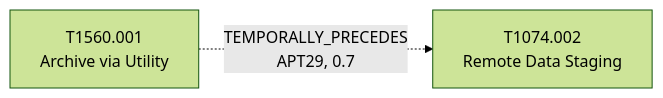
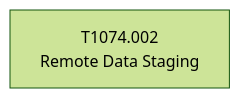
One commit to HungryBrain-bot/attackKnowledgeGraph changed the diagram in docs/attack-patterns/T1074.002-remote-data-staging.md. Above: the diagram before and after it, drawn with Mermaid (forest theme). The commit also changed other lines of this file and 22 other files, not shown here.

First line of the commit message:
fix: re-audit all 17 semantic edges against primary sources; keep 5

````diff
--- a/docs/attack-patterns/T1074.002-remote-data-staging.md
+++ b/docs/attack-patterns/T1074.002-remote-data-staging.md
@@ -50,6 +58,5 @@
 ```mermaid
 flowchart LR
     T_T1074_002["T1074.002<br/>Remote Data Staging"]
-    T_T1560_001["T1560.001<br/>Archive via Utility"]
-    T_T1560_001 -.->|"TEMPORALLY_PRECEDES<br/>APT29, 0.7"| T_T1074_002
+    %% no semantic edges touch T1074.002 yet
 ```
````
